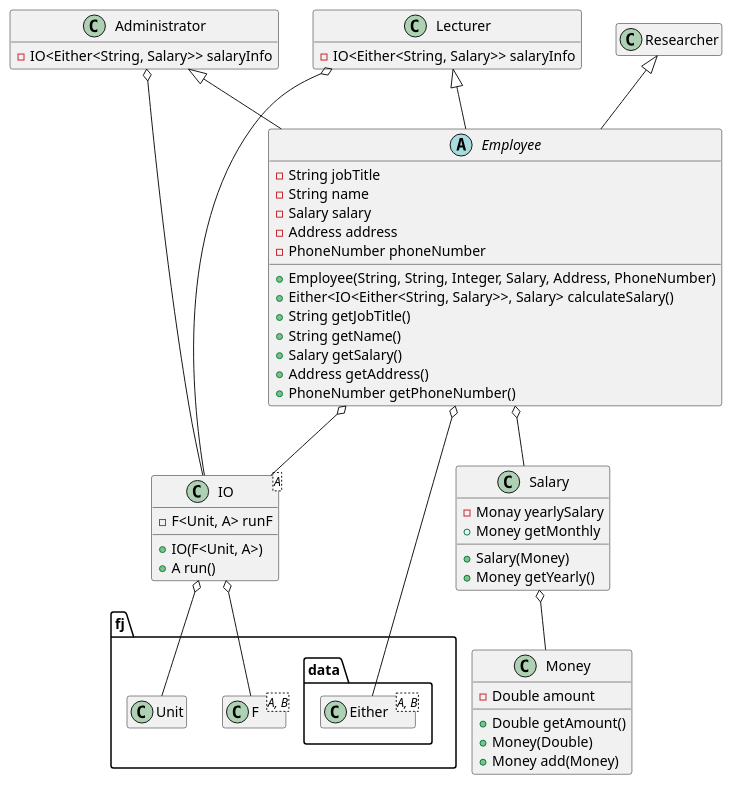
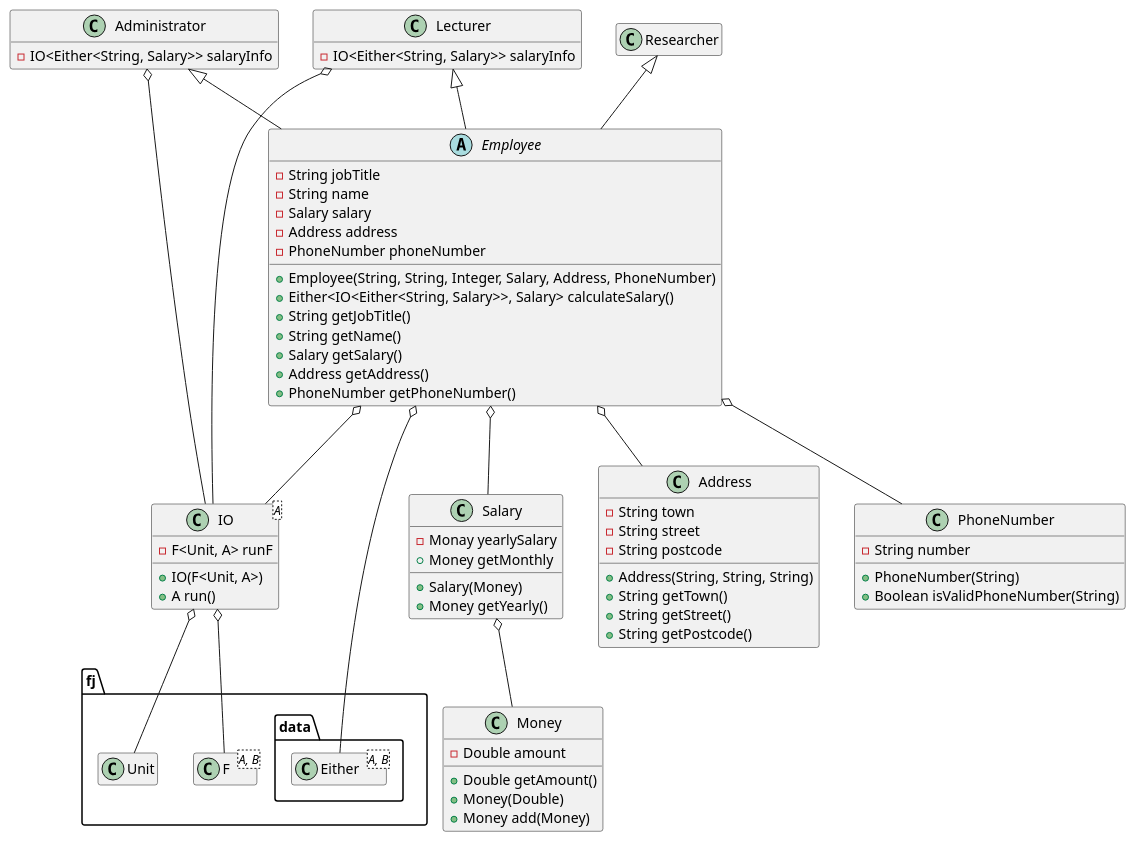
The diagram in uml.plantuml (Fuuzetsu/cm20215-cwk2), drawn with PlantUML before and after one commit.

Commit message:
Add Address and PhoneNumber

```diff
--- a/uml.plantuml
+++ b/uml.plantuml
@@ -1,86 +1,104 @@
 @startuml
 
 Employee o-- fj.data.Either
 Employee o-- IO
 Employee o-- Salary
+Employee o-- Address
+Employee o-- PhoneNumber
 
 IO o-- fj.F
 IO o-- fj.Unit
 
 Salary o-- Money
 
 Researcher <|-- Employee
 Administrator <|-- Employee
 Administrator o-- IO
 Lecturer <|-- Employee
 Lecturer o-- IO
 
 
 namespace fj {
 
           class F<A, B> {
           }
 
           class Unit {
           }
 }
 
 namespace fj.data {
 
           class Either<A, B> {
           }
 
 }
 
 abstract class Employee {
       -String jobTitle
       -String name
       -Salary salary
       -Address address
       -PhoneNumber phoneNumber
       +Employee(String, String, Integer, Salary, Address, PhoneNumber)
       +Either<IO<Either<String, Salary>>, Salary> calculateSalary()
       +String getJobTitle()
       +String getName()
       +Salary getSalary()
       +Address getAddress()
       +PhoneNumber getPhoneNumber()
 }
 
 class Researcher {
 
 }
 
 class Administrator {
       -IO<Either<String, Salary>> salaryInfo
 }
 
 class Lecturer {
       -IO<Either<String, Salary>> salaryInfo
 }
 
 class IO<A> {
       -F<Unit, A> runF
       +IO(F<Unit, A>)
       +A run()
 }
 
 class Salary {
       -Monay yearlySalary
       +Salary(Money)
       +Money getYearly()
       +Money getMonthly
-
 }
 
 class Money {
       -Double amount
       +Double getAmount()
       +Money(Double)
       +Money add(Money)
 }
 
+class Address {
+      -String town
+      -String street
+      -String postcode
+      +Address(String, String, String)
+      +String getTown()
+      +String getStreet()
+      +String getPostcode()
+}
+
+class PhoneNumber {
+      -String number
+      +PhoneNumber(String)
+      +Boolean isValidPhoneNumber(String)
+}
+
+
 hide empty members
 hide empty methods
 
 @enduml
```
